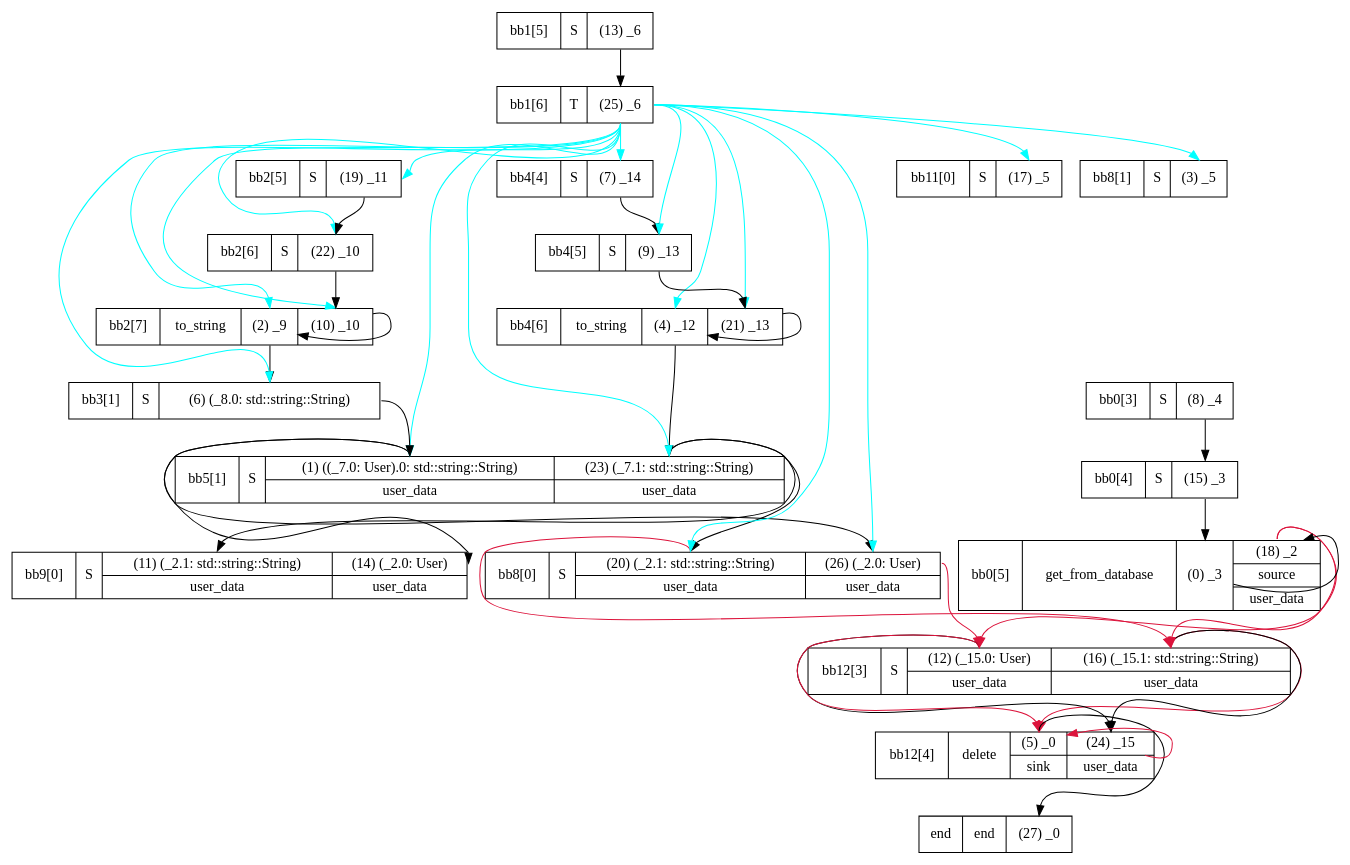
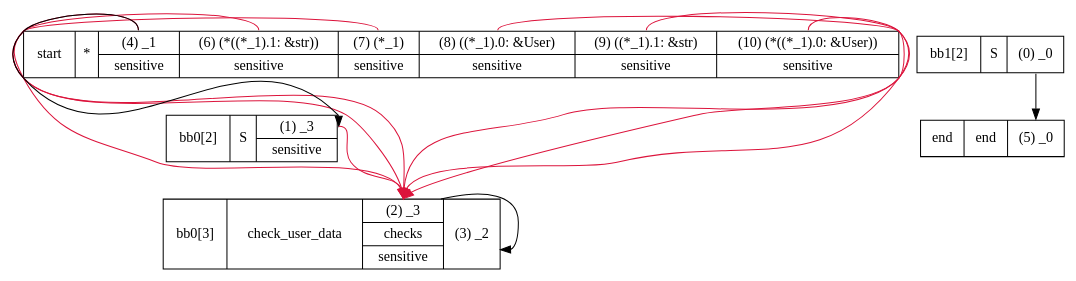
Before and after one commit to MithiJ/paralegal: the diagram in guide/file-db-example/call-only-flow.gv, drawn with Graphviz. The commit also changed 34 other files, not shown here.

```diff
--- a/guide/file-db-example/call-only-flow.gv
+++ b/guide/file-db-example/call-only-flow.gv
@@ -1,64 +1,17 @@
 digraph g {
-    n5745179008[label="bb1[5]|S|<p13> (13) _6"][shape="record"];
-    n5745224080[label="bb0[3]|S|<p8> (8) _4"][shape="record"];
-    n5745178512[label="bb9[0]|S|{<p11> (11) (_2.1: std::string::String)| user_data}|{<p14> (14) (_2.0: User)| user_data}"][shape="record"];
-    n5745177296[label="bb4[4]|S|<p7> (7) _14"][shape="record"];
-    n5745219648[label="bb11[0]|S|<p17> (17) _5"][shape="record"];
-    n5745191616[label="bb5[1]|S|{<p1> (1) ((_7.0: User).0: std::string::String)| user_data}|{<p23> (23) (_7.1: std::string::String)| user_data}"][shape="record"];
-    n5745234432[label="bb2[7]|to_string|<p2> (2) _9|<p10> (10) _10"][shape="record"];
-    n5745178864[label="bb4[6]|to_string|<p4> (4) _12|<p21> (21) _13"][shape="record"];
-    n5745243936[label="bb0[4]|S|<p15> (15) _3"][shape="record"];
-    n5745174240[label="bb8[0]|S|{<p20> (20) (_2.1: std::string::String)| user_data}|{<p26> (26) (_2.0: User)| user_data}"][shape="record"];
-    n5745198288[label="bb1[6]|T|<p25> (25) _6"][shape="record"];
-    n5745176240[label="bb2[5]|S|<p19> (19) _11"][shape="record"];
-    n5745183632[label="bb12[3]|S|{<p12> (12) (_15.0: User)| user_data}|{<p16> (16) (_15.1: std::string::String)| user_data}"][shape="record"];
-    n5745245968[label="bb2[6]|S|<p22> (22) _10"][shape="record"];
-    n5745234832[label="bb0[5]|get_from_database|<p0> (0) _3|{<p18> (18) _2| source| user_data}"][shape="record"];
-    n5745180048[label="end|end|<p27> (27) _0"][shape="record"];
-    n5745178640[label="bb3[1]|S|<p6> (6) (_8.0: std::string::String)"][shape="record"];
-    n5745179952[label="bb8[1]|S|<p3> (3) _5"][shape="record"];
-    n5745188752[label="bb12[4]|delete|{<p5> (5) _0| sink}|{<p24> (24) _15| user_data}"][shape="record"];
-    n5745191968[label="bb4[5]|S|<p9> (9) _13"][shape="record"];
-    n5745234832:p18 -> n5745183632:p12[label=""][color="crimson"];
-    n5745198288:p25 -> n5745176240:p19[label=""][color="aqua"];
-    n5745234832:p18 -> n5745183632:p16[label=""][color="crimson"];
-    n5745198288:p25 -> n5745191968:p9[label=""][color="aqua"];
-    n5745188752:p24 -> n5745188752:p5[label=""][color="crimson"];
-    n5745191616:p1 -> n5745174240:p26[label=""];
-    n5745198288:p25 -> n5745245968:p22[label=""][color="aqua"];
-    n5745198288:p25 -> n5745174240:p20[label=""][color="aqua"];
-    n5745174240:p26 -> n5745183632:p12[label=""][color="crimson"];
-    n5745178864:p4 -> n5745191616:p23[label=""];
-    n5745198288:p25 -> n5745234432:p2[label=""][color="aqua"];
-    n5745191968:p9 -> n5745178864:p21[label=""];
-    n5745183632:p16 -> n5745188752:p5[label=""][color="crimson"];
-    n5745198288:p25 -> n5745191616:p23[label=""][color="aqua"];
-    n5745174240:p20 -> n5745183632:p16[label=""][color="crimson"];
-    n5745243936:p15 -> n5745234832:p0[label=""];
-    n5745198288:p25 -> n5745177296:p7[label=""][color="aqua"];
-    n5745198288:p25 -> n5745178864:p4[label=""][color="aqua"];
-    n5745183632:p12 -> n5745188752:p24[label=""];
-    n5745183632:p12 -> n5745188752:p5[label=""][color="crimson"];
-    n5745234832:p0 -> n5745234832:p18[label=""];
-    n5745198288:p25 -> n5745234432:p10[label=""][color="aqua"];
-    n5745191616:p1 -> n5745178512:p14[label=""];
-    n5745191616:p23 -> n5745178512:p11[label=""];
-    n5745245968:p22 -> n5745234432:p10[label=""];
-    n5745179008:p13 -> n5745198288:p25[label=""];
-    n5745224080:p8 -> n5745243936:p15[label=""];
-    n5745178864:p21 -> n5745178864:p4[label=""];
-    n5745176240:p19 -> n5745245968:p22[label=""];
-    n5745198288:p25 -> n5745191616:p1[label=""][color="aqua"];
-    n5745183632:p16 -> n5745188752:p24[label=""];
-    n5745198288:p25 -> n5745219648:p17[label=""][color="aqua"];
-    n5745234432:p2 -> n5745178640:p6[label=""];
-    n5745177296:p7 -> n5745191968:p9[label=""];
-    n5745198288:p25 -> n5745178864:p21[label=""][color="aqua"];
-    n5745178640:p6 -> n5745191616:p1[label=""];
-    n5745198288:p25 -> n5745174240:p26[label=""][color="aqua"];
-    n5745198288:p25 -> n5745178640:p6[label=""][color="aqua"];
-    n5745191616:p23 -> n5745174240:p20[label=""];
-    n5745188752:p5 -> n5745180048:p27[label=""];
-    n5745234432:p10 -> n5745234432:p2[label=""];
-    n5745198288:p25 -> n5745179952:p3[label=""][color="aqua"];
+    n4487985472[label="start|*|{<p4> (4) _1| sensitive}|{<p6> (6) (*((*_1).1: &str))| sensitive}|{<p7> (7) (*_1)| sensitive}|{<p8> (8) ((*_1).0: &User)| sensitive}|{<p9> (9) ((*_1).1: &str)| sensitive}|{<p10> (10) (*((*_1).0: &User))| sensitive}"][shape="record"];
+    n4487993328[label="end|end|<p5> (5) _0"][shape="record"];
+    n4487987168[label="bb0[3]|check_user_data|{<p2> (2) _3| checks| sensitive}|<p3> (3) _2"][shape="record"];
+    n4821380928[label="bb0[2]|S|{<p1> (1) _3| sensitive}"][shape="record"];
+    n4487990176[label="bb1[2]|S|<p0> (0) _0"][shape="record"];
+    n4487985472:p4 -> n4487987168:p2[label=""][color="crimson"];
+    n4487987168:p2 -> n4487987168:p3[label=""];
+    n4487990176:p0 -> n4487993328:p5[label=""];
+    n4487985472:p6 -> n4487987168:p2[label=""][color="crimson"];
+    n4487985472:p7 -> n4487987168:p2[label=""][color="crimson"];
+    n4487985472:p4 -> n4821380928:p1[label=""];
+    n4487985472:p8 -> n4487987168:p2[label=""][color="crimson"];
+    n4487985472:p9 -> n4487987168:p2[label=""][color="crimson"];
+    n4487985472:p10 -> n4487987168:p2[label=""][color="crimson"];
+    n4821380928:p1 -> n4487987168:p2[label=""][color="crimson"];
 }
```
